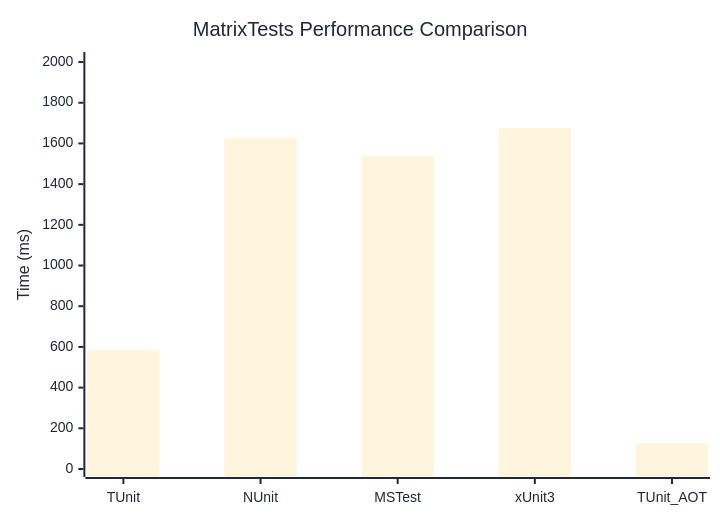
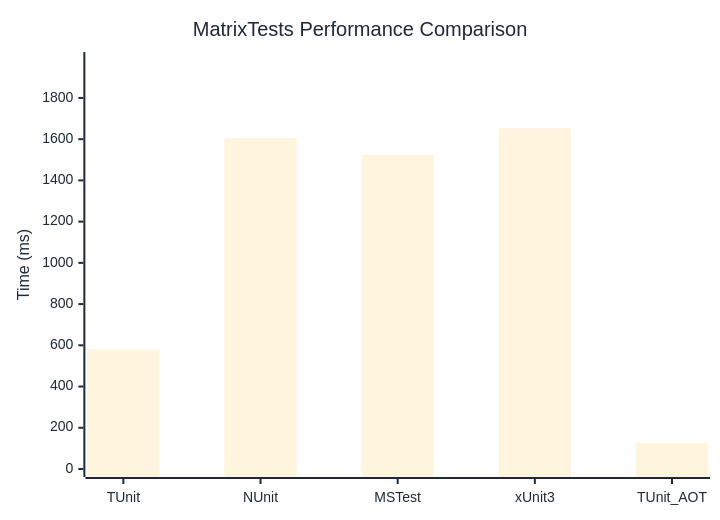
One commit to thomhurst/TUnit changed the diagram in docs/docs/benchmarks/MatrixTests.md. Above: the diagram before and after it, drawn with Mermaid. The commit also changed other lines of this file and 17 other files, not shown here.

````diff
--- a/docs/docs/benchmarks/MatrixTests.md
+++ b/docs/docs/benchmarks/MatrixTests.md
@@ -27,37 +27,37 @@
 ```mermaid
 %%{init: {
   'theme':'base',
   'themeVariables': {
     'primaryColor': '#2563eb',
     'primaryTextColor': '#1f2937',
     'primaryBorderColor': '#1e40af',
     'lineColor': '#6b7280',
     'secondaryColor': '#7c3aed',
     'tertiaryColor': '#dc2626',
     'background': '#ffffff',
     'mainBkg': '#2563eb',
     'secondBkg': '#7c3aed',
     'tertiaryBkg': '#dc2626',
     'clusterBkg': '#f3f4f6',
     'edgeLabelBackground': '#ffffff',
     'tertiaryTextColor': '#1f2937',
     'pie1': '#2563eb',
     'pie2': '#7c3aed',
     'pie3': '#dc2626',
     'pie4': '#f59e0b',
     'pie5': '#10b981',
     'pie6': '#06b6d4',
     'pie7': '#ec4899',
     'pie8': '#6366f1',
     'pie9': '#84cc16',
     'pie10': '#f97316',
     'pie11': '#14b8a6',
     'pie12': '#a855f7'
   }
 }}%%
 xychart-beta
   title "MatrixTests Performance Comparison"
   x-axis ["TUnit", "NUnit", "MSTest", "xUnit3", "TUnit_AOT"]
-  y-axis "Time (ms)" 0 --> 2010
-  bar [584.6, 1625.7, 1537.9, 1674.6, 127.3]
+  y-axis "Time (ms)" 0 --> 1984
+  bar [579.6, 1605.8, 1524.8, 1653.2, 127.1]
 ```
````
